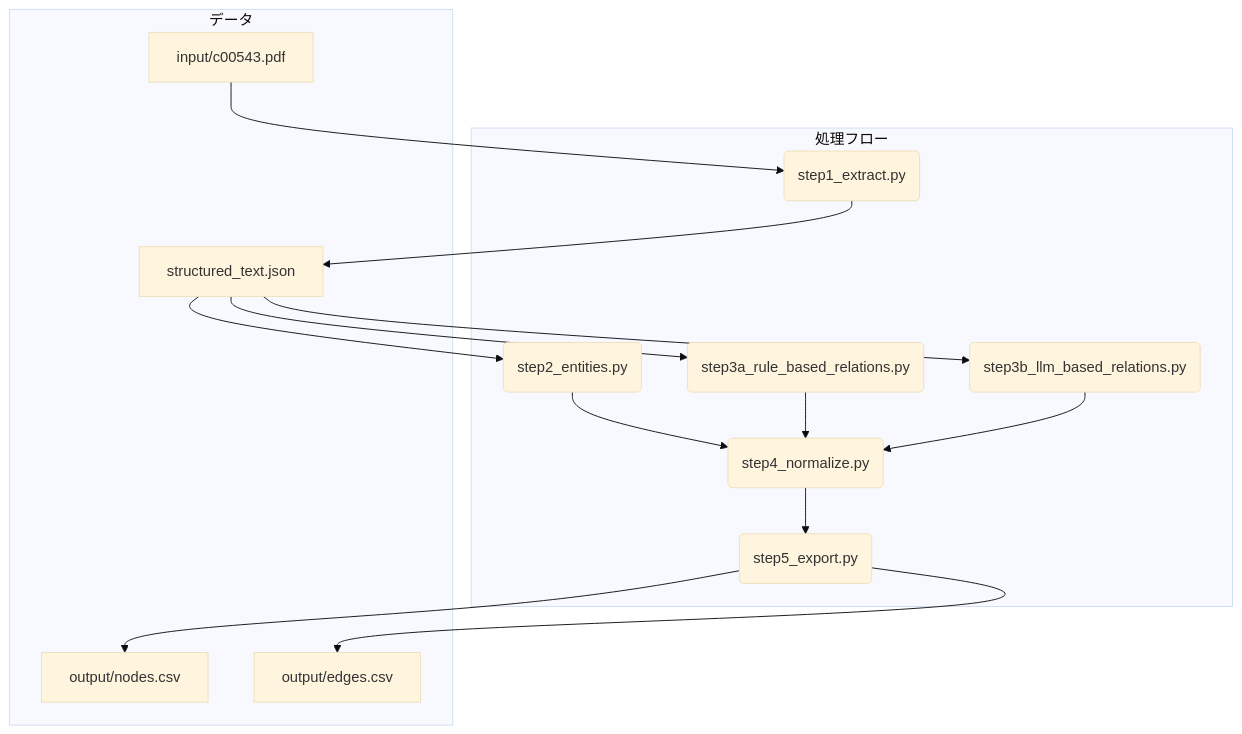
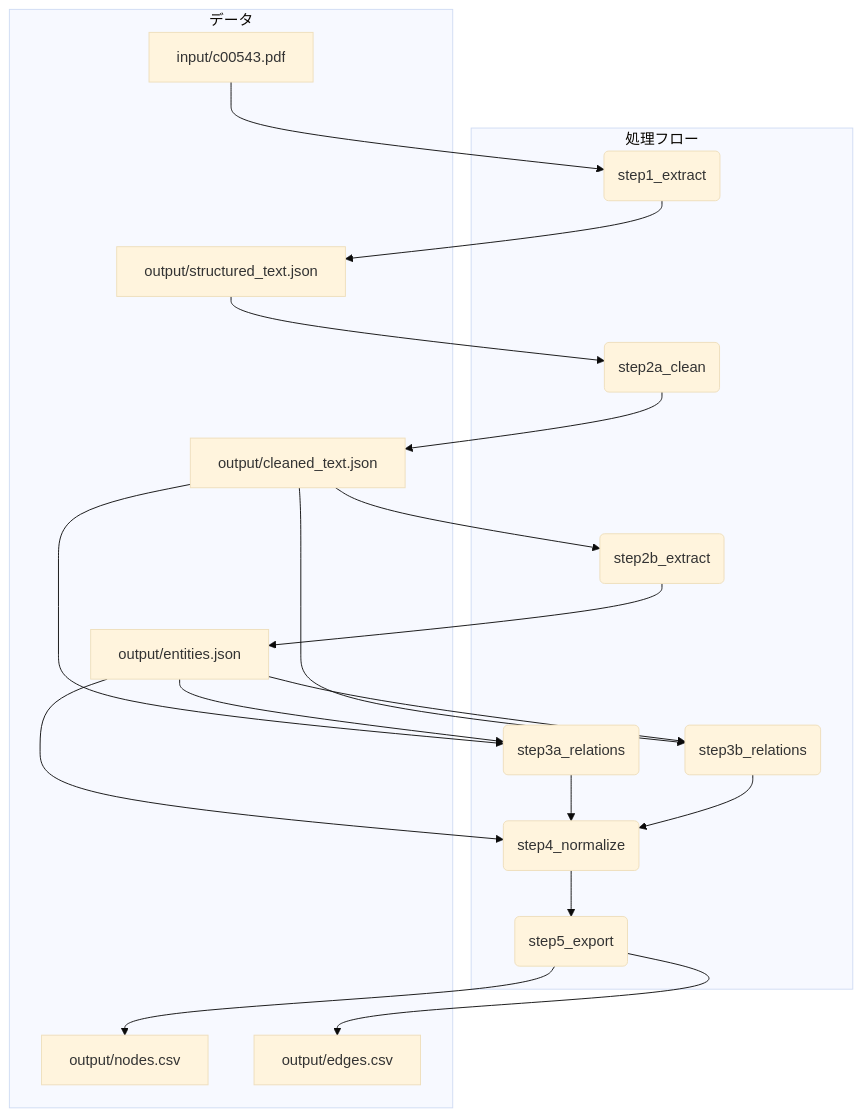
The diagram in README.md (fk506cni/med-graph-gen), drawn with Mermaid (base theme) before and after one commit. The commit also changed other lines of this file and 17 other files, not shown here.

````diff
--- a/README.md
+++ b/README.md
@@ -45,30 +46,36 @@
 ```mermaid
 graph TD;
     A[input/c00543.pdf] --> B(step1_extract.py);
-    B --> C[structured_text.json];
-    C --> D(step2_entities.py);
-    C --> E1(step3a_rule_based_relations.py);
-    C --> E2(step3b_llm_based_relations.py);
-    D --> F(step4_normalize.py);
-    E1 --> F;
-    E2 --> F;
-    F --> G(step5_export.py);
-    G --> H[output/nodes.csv];
-    G --> I[output/edges.csv];
+    B --> C[output/structured_text.json];
+    C --> D(step2a_clean_text.py);
+    D --> E[output/cleaned_text.json];
+    E --> F(step2b_extract_entities.py);
+    F --> G[output/entities.json];
+
+    E --> H1(step3a_rule_based_relations.py);
+    G --> H1;
+    E --> H2(step3b_llm_based_relations.py);
+    G --> H2;
+
+    G --> I(step4_normalize.py);
+    H1 --> I;
+    H2 --> I;
+
+    I --> J(step5_export.py);
+    J --> K[output/nodes.csv];
+    J --> L[output/edges.csv];
 
     subgraph "処理フロー"
-        B
-        D
-        E1
-        E2
-        F
-        G
+        B(step1_extract)
+        D(step2a_clean)
+        F(step2b_extract)
+        H1(step3a_relations)
+        H2(step3b_relations)
+        I(step4_normalize)
+        J(step5_export)
     end
 
     subgraph "データ"
-        A
-        C
-        H
-        I
+        A; C; E; G; K; L;
     end
 ```
````
